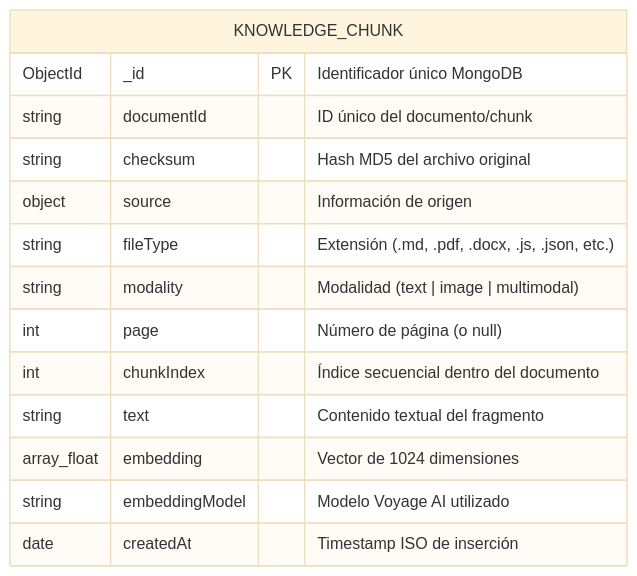
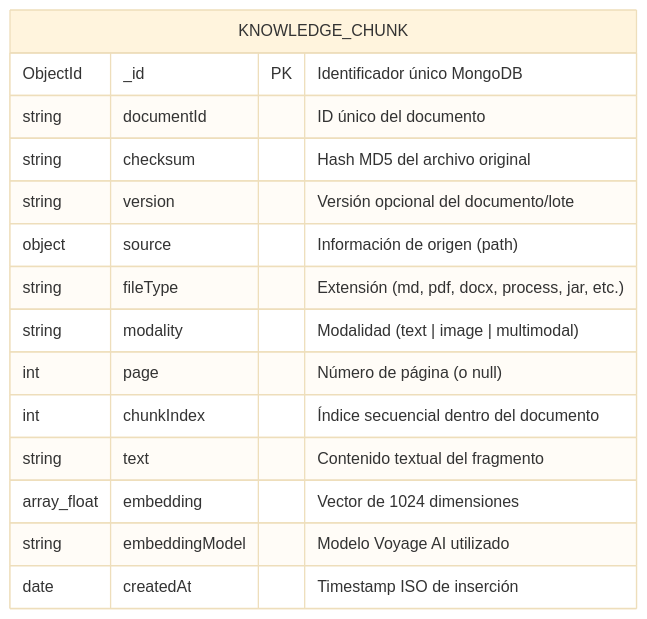
The third of 3 diagrams in README.md (jacolinv/mongodb-vector-skill), drawn with Mermaid (base theme) before and after one commit. The commit also changed other lines of this file and 6 other files, not shown here.

````diff
--- a/README.md
+++ b/README.md
@@ -382,17 +422,18 @@
 ```mermaid
 erDiagram
     KNOWLEDGE_CHUNK {
         ObjectId _id PK "Identificador único MongoDB"
-        string documentId "ID único del documento/chunk"
+        string documentId "ID único del documento"
         string checksum "Hash MD5 del archivo original"
-        object source "Información de origen"
-        string fileType "Extensión (.md, .pdf, .docx, .js, .json, etc.)"
+        string version "Versión opcional del documento/lote"
+        object source "Información de origen (path)"
+        string fileType "Extensión (md, pdf, docx, process, jar, etc.)"
         string modality "Modalidad (text | image | multimodal)"
         int page "Número de página (o null)"
         int chunkIndex "Índice secuencial dentro del documento"
         string text "Contenido textual del fragmento"
         array_float embedding "Vector de 1024 dimensiones"
         string embeddingModel "Modelo Voyage AI utilizado"
         date createdAt "Timestamp ISO de inserción"
     }
 ```
````
